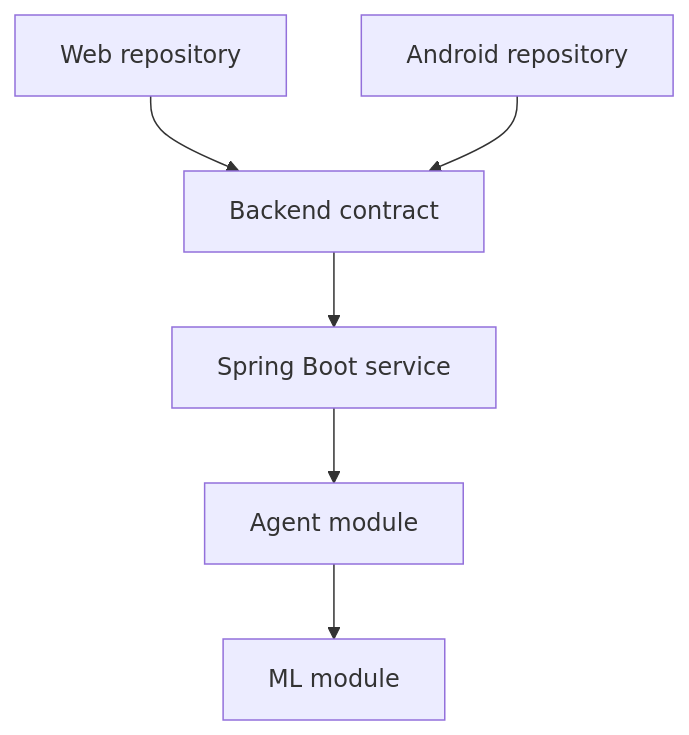
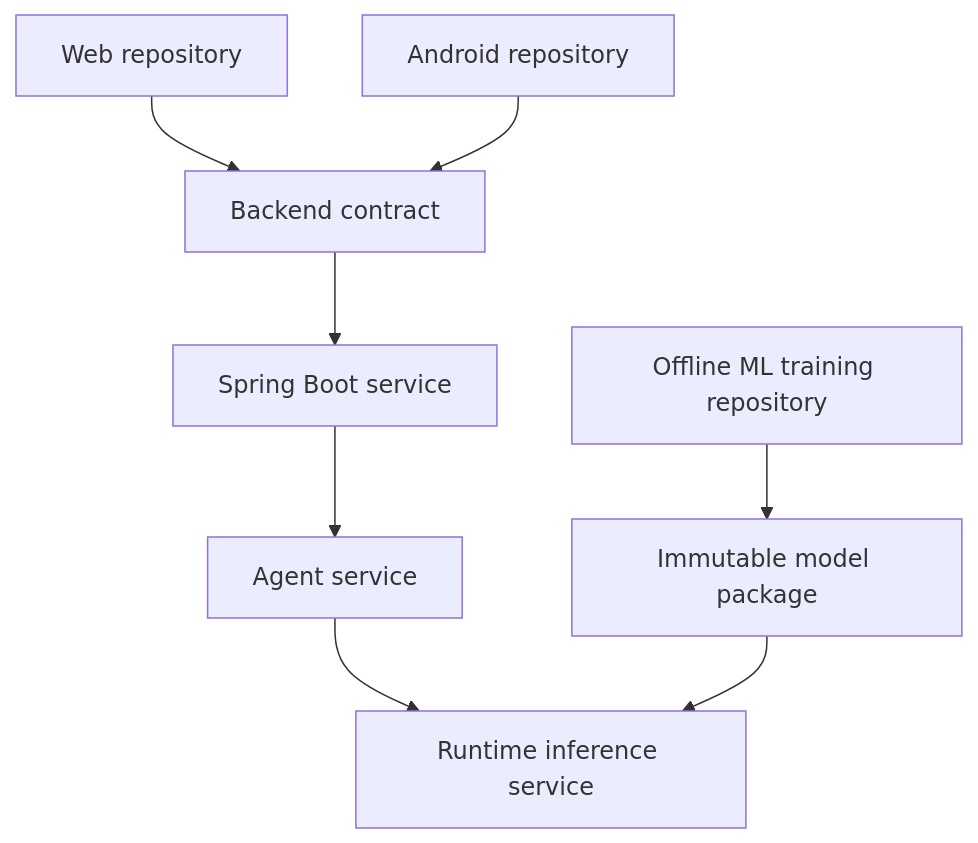
One commit to foodmind-team/foodmind-docs changed the second of 2 diagrams in FoodMind_AI_Project_Context_and_Tutoring_Guide.md. Above: the diagram before and after it, drawn with Mermaid. The commit also changed other lines of this file and 5 other files, not shown here.

Commit message:
docs: add repository architecture and workflow guides

````diff
--- a/FoodMind_AI_Project_Context_and_Tutoring_Guide.md
+++ b/FoodMind_AI_Project_Context_and_Tutoring_Guide.md
@@ -823,8 +867,10 @@
 ```mermaid
 flowchart TD
     A["Web repository"] --> C["Backend contract"]
     B["Android repository"] --> C
     C --> D["Spring Boot service"]
-    D --> E["Agent module"]
-    E --> F["ML module"]
+    D --> E["Agent service"]
+    E --> F["Runtime inference service"]
+    G["Offline ML training repository"] --> H["Immutable model package"]
+    H --> F
 ```
````
